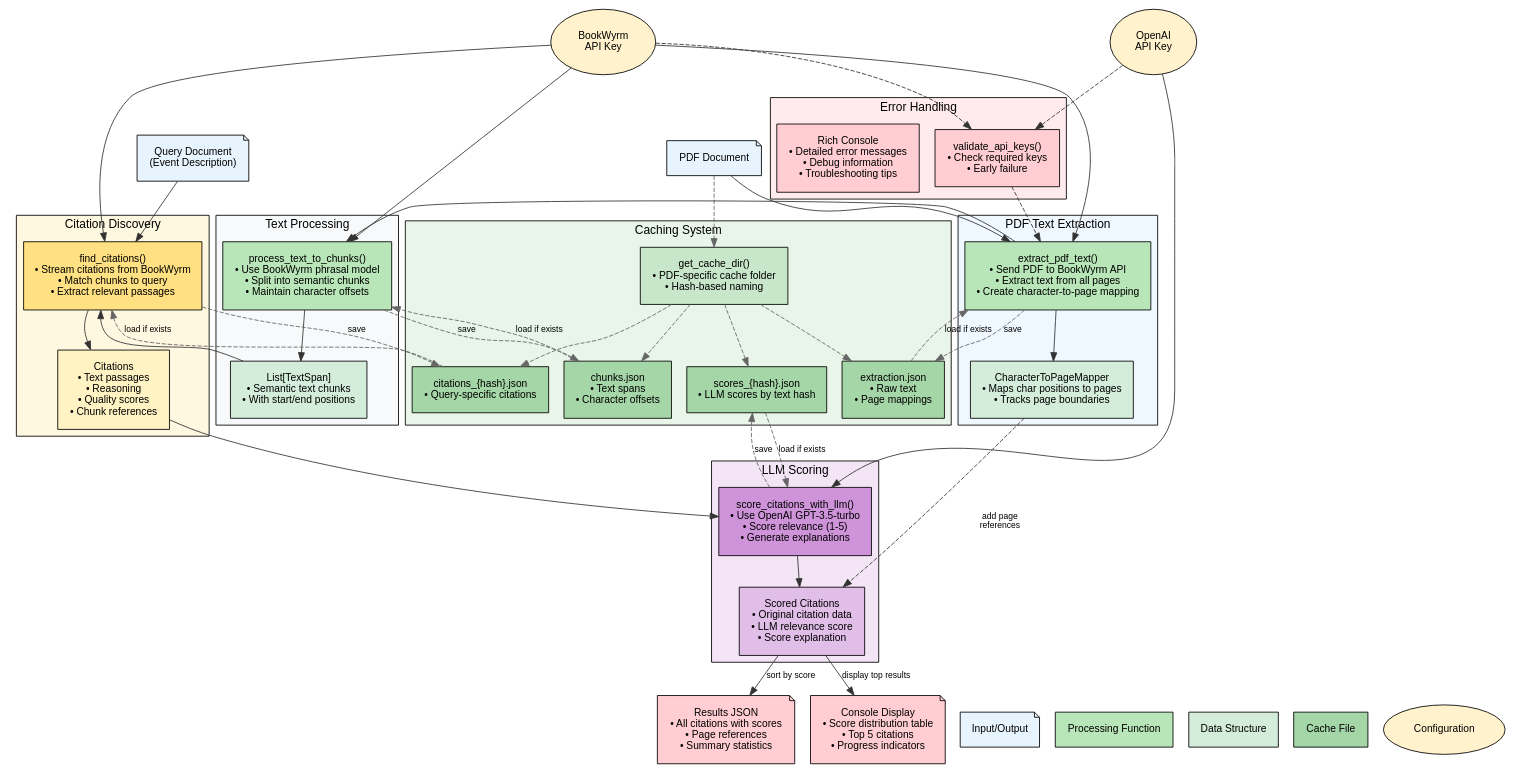
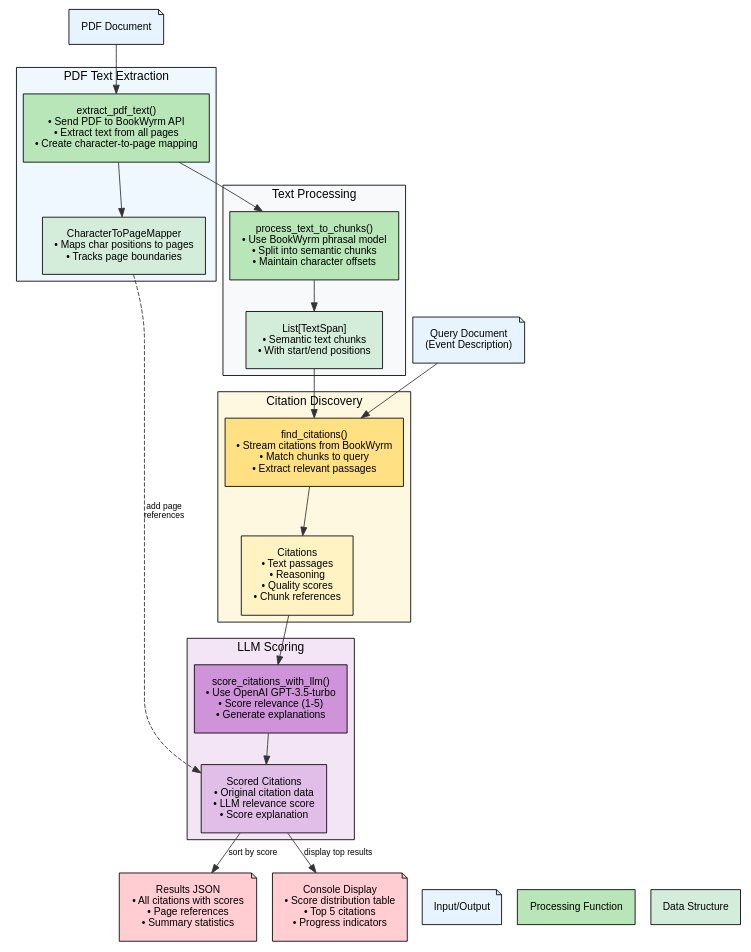
One commit to scidonia/citation-workflow changed the diagram in workflow_diagram.dot. Above: the diagram before and after it, drawn with Graphviz.

Commit message:
refactor: simplify workflow diagram by removing API keys and caching details

```diff
--- a/workflow_diagram.dot
+++ b/workflow_diagram.dot
@@ -1,153 +1,100 @@
 digraph CitationWorkflow {
     // Graph attributes for better layout
     rankdir=TB;
     bgcolor="white";
     fontname="Arial";
     fontsize=14;
     
     // Node styling
     node [
         fontname="Arial",
         fontsize=12,
         style=filled,
         shape=box,
         margin=0.2
     ];
     
     // Edge styling
     edge [
         fontname="Arial",
         fontsize=10,
         color="#333333"
     ];
     
     // Input nodes
     pdf_input [label="PDF Document", fillcolor="#E8F4FD", shape=note];
     query_input [label="Query Document\n(Event Description)", fillcolor="#E8F4FD", shape=note];
-    
-    // API Keys
-    bookwyrm_key [label="BookWyrm\nAPI Key", fillcolor="#FFF2CC", shape=ellipse];
-    openai_key [label="OpenAI\nAPI Key", fillcolor="#FFF2CC", shape=ellipse];
     
     // Main processing stages
     subgraph cluster_extraction {
         label="PDF Text Extraction";
         style=filled;
         fillcolor="#F0F8FF";
         
         extract_pdf [label="extract_pdf_text()\n• Send PDF to BookWyrm API\n• Extract text from all pages\n• Create character-to-page mapping", fillcolor="#B8E6B8"];
         page_mapper [label="CharacterToPageMapper\n• Maps char positions to pages\n• Tracks page boundaries", fillcolor="#D4EDDA"];
     }
     
     subgraph cluster_processing {
         label="Text Processing";
         style=filled;
         fillcolor="#F8F9FA";
         
         process_chunks [label="process_text_to_chunks()\n• Use BookWyrm phrasal model\n• Split into semantic chunks\n• Maintain character offsets", fillcolor="#B8E6B8"];
         text_spans [label="List[TextSpan]\n• Semantic text chunks\n• With start/end positions", fillcolor="#D4EDDA"];
     }
     
     subgraph cluster_citation {
         label="Citation Discovery";
         style=filled;
         fillcolor="#FFF8E1";
         
         find_citations [label="find_citations()\n• Stream citations from BookWyrm\n• Match chunks to query\n• Extract relevant passages", fillcolor="#FFE082"];
         citations [label="Citations\n• Text passages\n• Reasoning\n• Quality scores\n• Chunk references", fillcolor="#FFF3C4"];
     }
     
     subgraph cluster_scoring {
         label="LLM Scoring";
         style=filled;
         fillcolor="#F3E5F5";
         
         llm_scoring [label="score_citations_with_llm()\n• Use OpenAI GPT-3.5-turbo\n• Score relevance (1-5)\n• Generate explanations", fillcolor="#CE93D8"];
         scored_citations [label="Scored Citations\n• Original citation data\n• LLM relevance score\n• Score explanation", fillcolor="#E1BEE7"];
     }
     
-    subgraph cluster_caching {
-        label="Caching System";
-        style=filled;
-        fillcolor="#E8F5E8";
-        
-        cache_dir [label="get_cache_dir()\n• PDF-specific cache folder\n• Hash-based naming", fillcolor="#C8E6C9"];
-        extraction_cache [label="extraction.json\n• Raw text\n• Page mappings", fillcolor="#A5D6A7"];
-        chunks_cache [label="chunks.json\n• Text spans\n• Character offsets", fillcolor="#A5D6A7"];
-        citations_cache [label="citations_{hash}.json\n• Query-specific citations", fillcolor="#A5D6A7"];
-        scores_cache [label="scores_{hash}.json\n• LLM scores by text hash", fillcolor="#A5D6A7"];
-    }
-    
     // Output
     results_json [label="Results JSON\n• All citations with scores\n• Page references\n• Summary statistics", fillcolor="#FFCDD2", shape=note];
     console_output [label="Console Display\n• Score distribution table\n• Top 5 citations\n• Progress indicators", fillcolor="#FFCDD2", shape=note];
     
     // Main workflow connections
     pdf_input -> extract_pdf;
-    bookwyrm_key -> extract_pdf;
     extract_pdf -> page_mapper;
     extract_pdf -> process_chunks;
-    bookwyrm_key -> process_chunks;
     process_chunks -> text_spans;
     text_spans -> find_citations;
     query_input -> find_citations;
-    bookwyrm_key -> find_citations;
     find_citations -> citations;
     citations -> llm_scoring;
-    openai_key -> llm_scoring;
     llm_scoring -> scored_citations;
     
     // Add page info
     page_mapper -> scored_citations [label="add page\nreferences", style=dashed];
     
     // Output generation
     scored_citations -> results_json [label="sort by score"];
     scored_citations -> console_output [label="display top results"];
-    
-    // Caching connections
-    pdf_input -> cache_dir [style=dashed, color="#666666"];
-    cache_dir -> extraction_cache [style=dashed, color="#666666"];
-    cache_dir -> chunks_cache [style=dashed, color="#666666"];
-    cache_dir -> citations_cache [style=dashed, color="#666666"];
-    cache_dir -> scores_cache [style=dashed, color="#666666"];
-    
-    extraction_cache -> extract_pdf [label="load if exists", style=dashed, color="#666666"];
-    chunks_cache -> process_chunks [label="load if exists", style=dashed, color="#666666"];
-    citations_cache -> find_citations [label="load if exists", style=dashed, color="#666666"];
-    scores_cache -> llm_scoring [label="load if exists", style=dashed, color="#666666"];
-    
-    extract_pdf -> extraction_cache [label="save", style=dashed, color="#666666"];
-    process_chunks -> chunks_cache [label="save", style=dashed, color="#666666"];
-    find_citations -> citations_cache [label="save", style=dashed, color="#666666"];
-    llm_scoring -> scores_cache [label="save", style=dashed, color="#666666"];
-    
-    // Error handling paths (simplified)
-    subgraph cluster_error {
-        label="Error Handling";
-        style=filled;
-        fillcolor="#FFEBEE";
-        
-        api_validation [label="validate_api_keys()\n• Check required keys\n• Early failure", fillcolor="#FFCDD2"];
-        error_reporting [label="Rich Console\n• Detailed error messages\n• Debug information\n• Troubleshooting tips", fillcolor="#FFCDD2"];
-    }
-    
-    bookwyrm_key -> api_validation [style=dashed];
-    openai_key -> api_validation [style=dashed];
-    api_validation -> extract_pdf [style=dashed];
     
     // Legend
     subgraph cluster_legend {
         label="Legend";
         style=filled;
         fillcolor="#FAFAFA";
         
         legend_input [label="Input/Output", fillcolor="#E8F4FD", shape=note];
         legend_process [label="Processing Function", fillcolor="#B8E6B8"];
         legend_data [label="Data Structure", fillcolor="#D4EDDA"];
-        legend_cache [label="Cache File", fillcolor="#A5D6A7"];
-        legend_config [label="Configuration", fillcolor="#FFF2CC", shape=ellipse];
     }
     
     // Position legend at bottom
-    {rank=max; legend_input; legend_process; legend_data; legend_cache; legend_config;}
+    {rank=max; legend_input; legend_process; legend_data;}
 }
```
